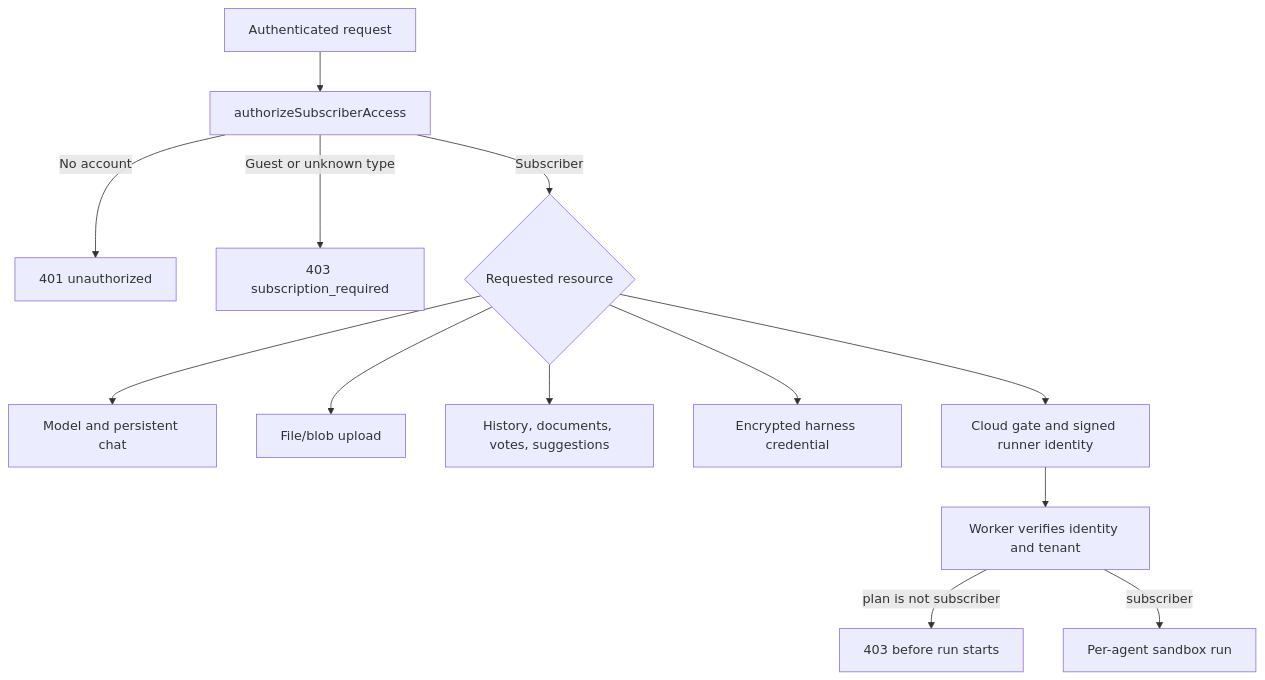
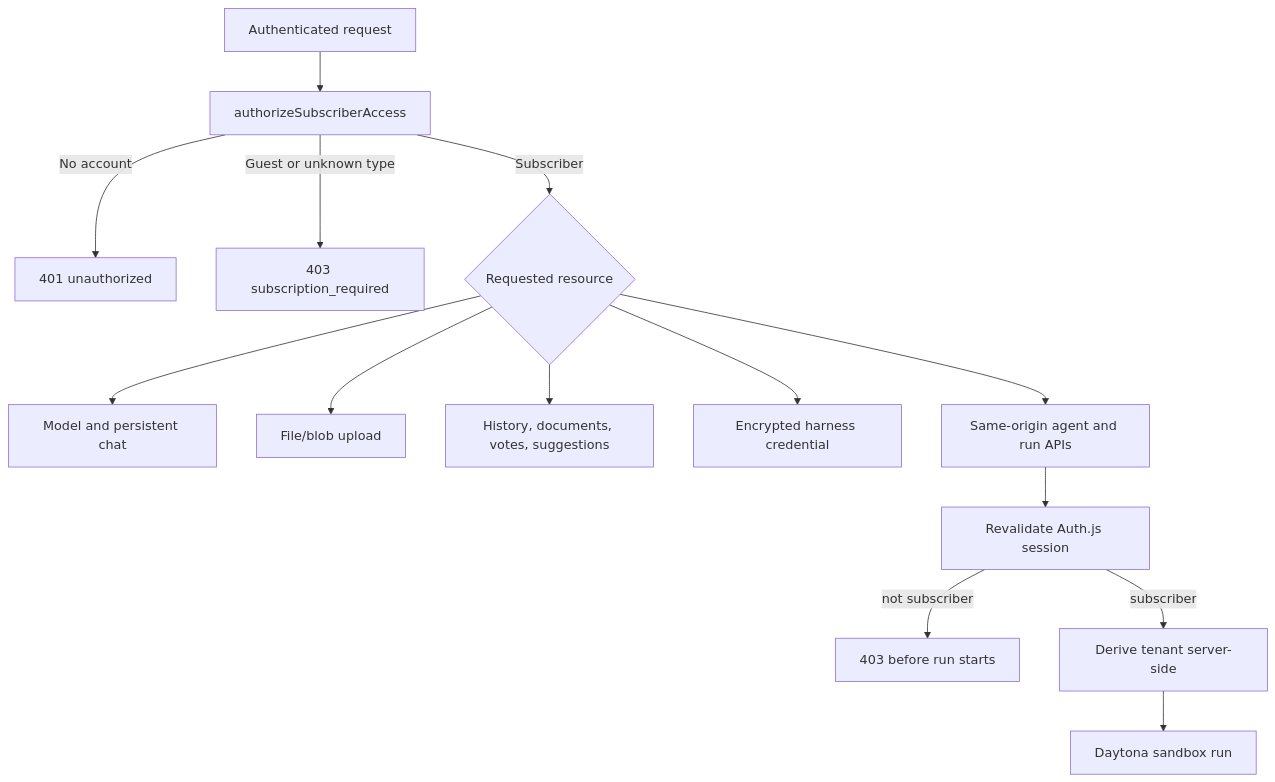
The fourth of 4 diagrams in docs/security/guest-access.md (OpenCoven/coven-agents), drawn with Mermaid before and after one commit. The commit also changed other lines of this file and 3 other files, not shown here.

````diff
--- a/docs/security/guest-access.md
+++ b/docs/security/guest-access.md
@@ -134,15 +134,16 @@
 ```mermaid
 flowchart TD
     Request[Authenticated request] --> Gate[authorizeSubscriberAccess]
     Gate -->|No account| U[401 unauthorized]
     Gate -->|Guest or unknown type| F[403 subscription_required]
     Gate -->|Subscriber| Resource{Requested resource}
     Resource --> Chat[Model and persistent chat]
     Resource --> Blob[File/blob upload]
     Resource --> DB[History, documents, votes, suggestions]
     Resource --> Credential[Encrypted harness credential]
-    Resource --> Runner[Cloud gate and signed runner identity]
-    Runner --> Worker[Worker verifies identity and tenant]
-    Worker -->|plan is not subscriber| F2[403 before run starts]
-    Worker -->|subscriber| Sandbox[Per-agent sandbox run]
+    Resource --> Runner[Same-origin agent and run APIs]
+    Runner --> Session[Revalidate Auth.js session]
+    Session -->|not subscriber| F2[403 before run starts]
+    Session -->|subscriber| Tenant[Derive tenant server-side]
+    Tenant --> Sandbox[Daytona sandbox run]
 ```
````
